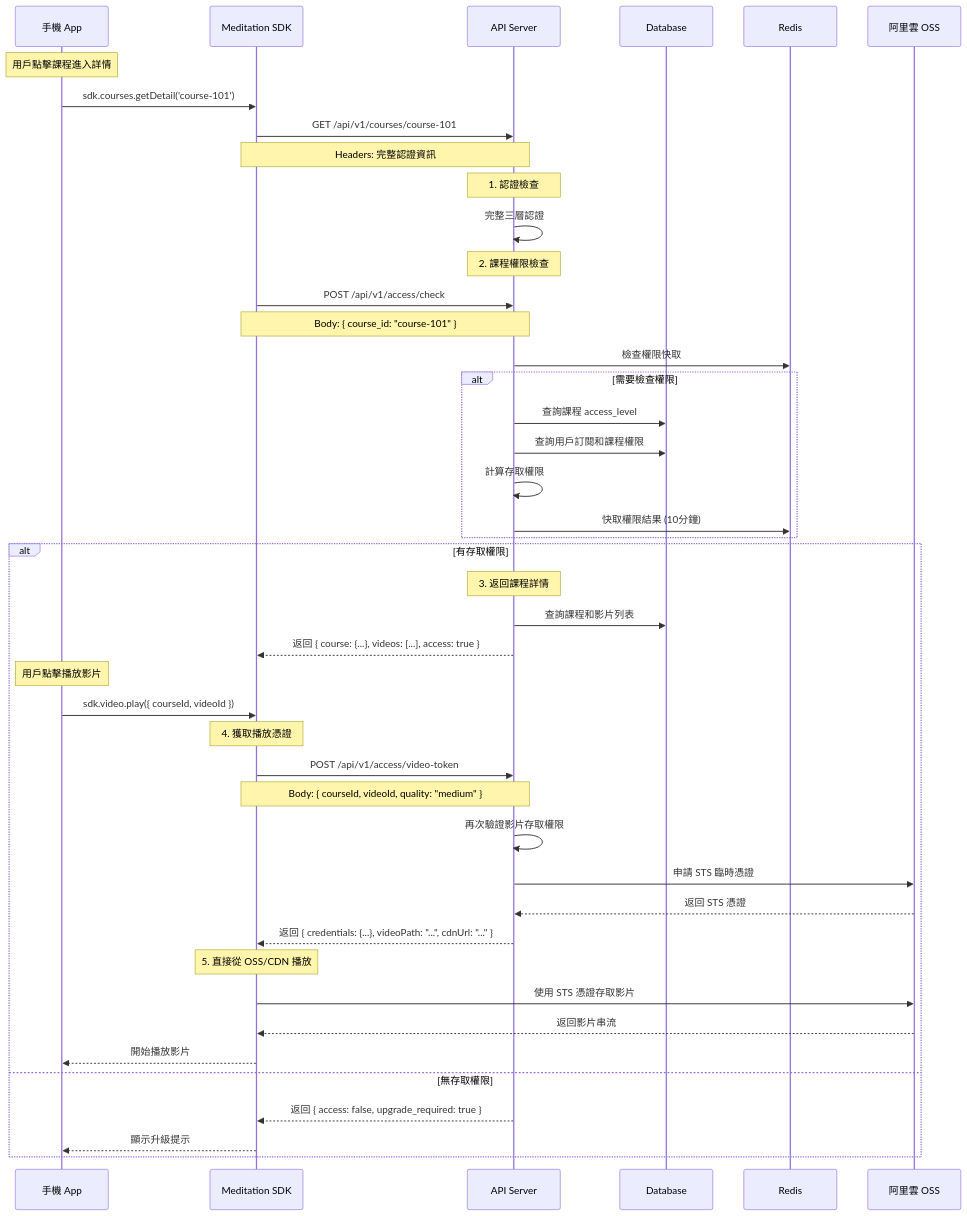
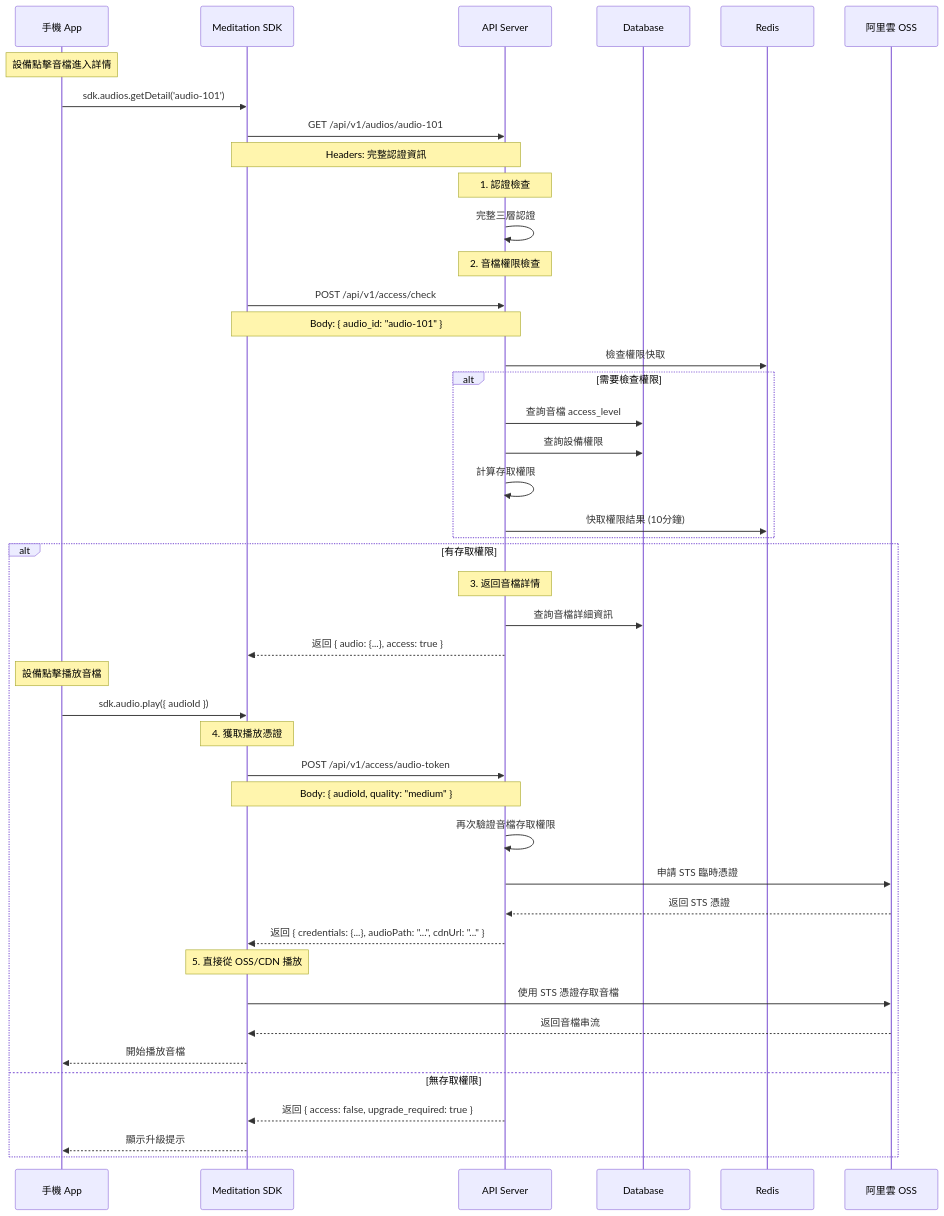
The third of 4 diagrams in docs/authentication-flow.md (kevintu117/meditation-plan), drawn with Mermaid before and after one commit. The commit also changed other lines of this file and 6 other files, not shown here.

````diff
--- a/docs/authentication-flow.md
+++ b/docs/authentication-flow.md
@@ -221,60 +103,60 @@
 ```mermaid
 sequenceDiagram
     participant App as 手機 App
     participant SDK as Meditation SDK
     participant API as API Server
     participant DB as Database
     participant Cache as Redis
     participant OSS as 阿里雲 OSS
 
-    Note over App: 用戶點擊課程進入詳情
-    App->>SDK: sdk.courses.getDetail('course-101')
+    Note over App: 設備點擊音檔進入詳情
+    App->>SDK: sdk.audios.getDetail('audio-101')
     
-    SDK->>API: GET /api/v1/courses/course-101
+    SDK->>API: GET /api/v1/audios/audio-101
     Note over SDK,API: Headers: 完整認證資訊
     
     Note over API: 1. 認證檢查
     API->>API: 完整三層認證
     
-    Note over API: 2. 課程權限檢查
+    Note over API: 2. 音檔權限檢查
     SDK->>API: POST /api/v1/access/check
-    Note over SDK,API: Body: { course_id: "course-101" }
+    Note over SDK,API: Body: { audio_id: "audio-101" }
     
     API->>Cache: 檢查權限快取
     
     alt 需要檢查權限
-        API->>DB: 查詢課程 access_level
-        API->>DB: 查詢用戶訂閱和課程權限
+        API->>DB: 查詢音檔 access_level
+        API->>DB: 查詢設備權限
         API->>API: 計算存取權限
         API->>Cache: 快取權限結果 (10分鐘)
     end
     
     alt 有存取權限
-        Note over API: 3. 返回課程詳情
-        API->>DB: 查詢課程和影片列表
-        API-->>SDK: 返回 { course: {...}, videos: [...], access: true }
+        Note over API: 3. 返回音檔詳情
+        API->>DB: 查詢音檔詳細資訊
+        API-->>SDK: 返回 { audio: {...}, access: true }
         
-        Note over App: 用戶點擊播放影片
-        App->>SDK: sdk.video.play({ courseId, videoId })
+        Note over App: 設備點擊播放音檔
+        App->>SDK: sdk.audio.play({ audioId })
         
         Note over SDK: 4. 獲取播放憑證
-        SDK->>API: POST /api/v1/access/video-token
-        Note over SDK,API: Body: { courseId, videoId, quality: "medium" }
+        SDK->>API: POST /api/v1/access/audio-token
+        Note over SDK,API: Body: { audioId, quality: "medium" }
         
-        API->>API: 再次驗證影片存取權限
+        API->>API: 再次驗證音檔存取權限
         API->>OSS: 申請 STS 臨時憑證
         OSS-->>API: 返回 STS 憑證
         
-        API-->>SDK: 返回 { credentials: {...}, videoPath: "...", cdnUrl: "..." }
+        API-->>SDK: 返回 { credentials: {...}, audioPath: "...", cdnUrl: "..." }
         
         Note over SDK: 5. 直接從 OSS/CDN 播放
-        SDK->>OSS: 使用 STS 憑證存取影片
-        OSS-->>SDK: 返回影片串流
+        SDK->>OSS: 使用 STS 憑證存取音檔
+        OSS-->>SDK: 返回音檔串流
         
-        SDK-->>App: 開始播放影片
+        SDK-->>App: 開始播放音檔
         
     else 無存取權限
         API-->>SDK: 返回 { access: false, upgrade_required: true }
         SDK-->>App: 顯示升級提示
     end
 ```
````
